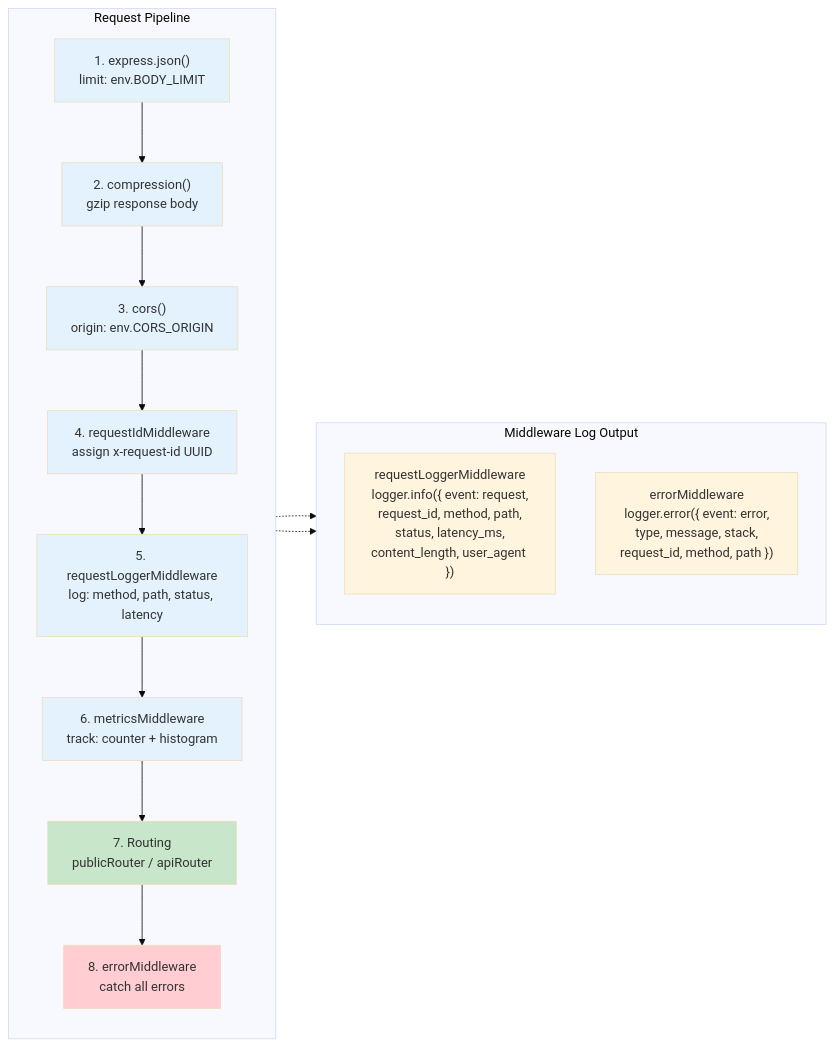
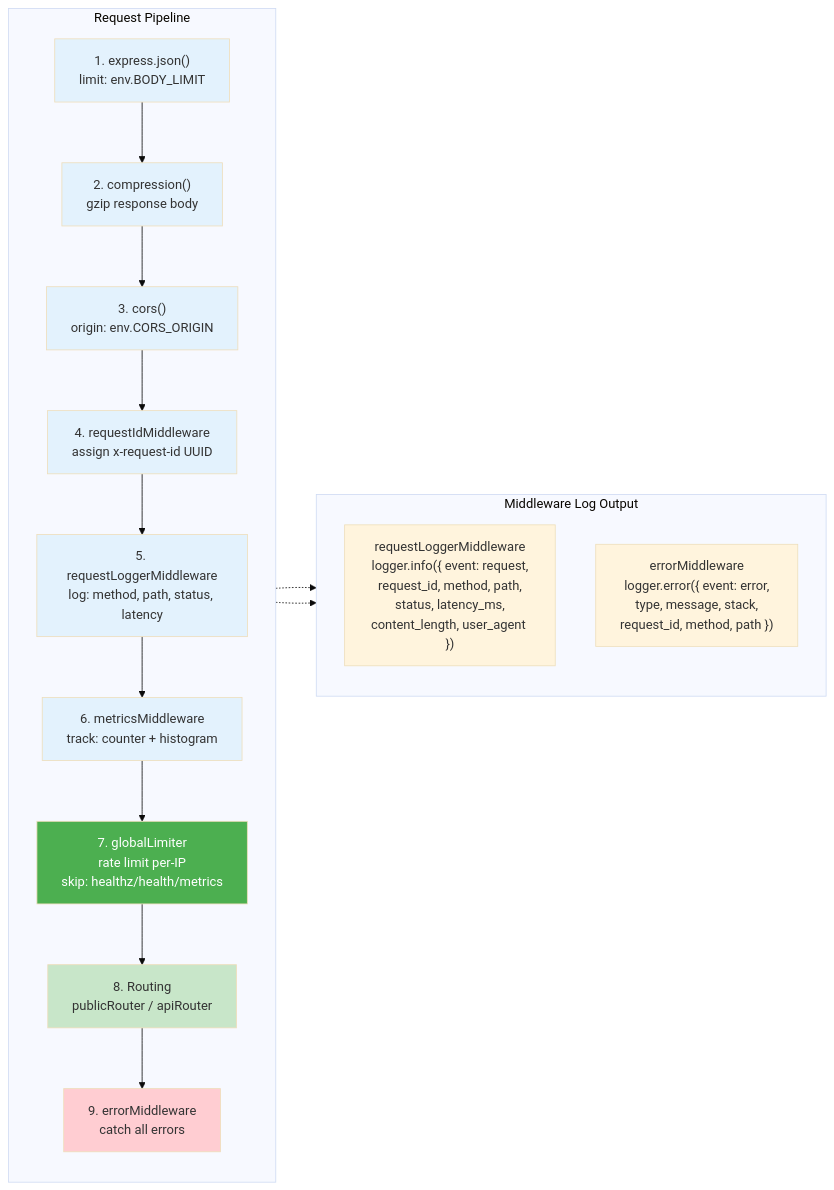
Before and after one commit to helmipradita/belajar-typescript-restful-api: the ninth of 15 diagrams in docs/ARCHITECTURE.md, drawn with Mermaid (base theme). The commit also changed other lines of this file and 2 other files, not shown here.

First line of the commit message:
infra: add Redis service and update architecture docs

````diff
--- a/docs/ARCHITECTURE.md
+++ b/docs/ARCHITECTURE.md
@@ -341,32 +341,34 @@
 ```mermaid
 flowchart LR
     subgraph "Request Pipeline"
         direction TB
         R1["1. express.json()<br/>limit: env.BODY_LIMIT"] -->
         R2["2. compression()<br/>gzip response body"] -->
         R3["3. cors()<br/>origin: env.CORS_ORIGIN"] -->
         R4["4. requestIdMiddleware<br/>assign x-request-id UUID"] -->
         R5["5. requestLoggerMiddleware<br/>log: method, path, status, latency"] -->
         R6["6. metricsMiddleware<br/>track: counter + histogram"] -->
-        R7["7. Routing<br/>publicRouter / apiRouter"] -->
-        R8["8. errorMiddleware<br/>catch all errors"]
+        R7["7. globalLimiter<br/>rate limit per-IP<br/>skip: healthz/health/metrics"] -->
+        R8["8. Routing<br/>publicRouter / apiRouter"] -->
+        R9["9. errorMiddleware<br/>catch all errors"]
     end
 
     subgraph "Middleware Log Output"
         direction TB
         L1["requestLoggerMiddleware<br/>logger.info({ event: request,<br/>request_id, method, path,<br/>status, latency_ms,<br/>content_length, user_agent })"]
         L2["errorMiddleware<br/>logger.error({ event: error,<br/>type, message, stack,<br/>request_id, method, path })"]
     end
 
     R5 -.-> L1
-    R8 -.-> L2
+    R9 -.-> L2
 
     style R1 fill:#e3f2fd,color:#333
     style R2 fill:#e3f2fd,color:#333
     style R3 fill:#e3f2fd,color:#333
     style R4 fill:#e3f2fd,color:#333
     style R5 fill:#e3f2fd,color:#333
     style R6 fill:#e3f2fd,color:#333
-    style R7 fill:#c8e6c9,color:#333
-    style R8 fill:#ffcdd2,color:#333
+    style R7 fill:#4caf50,color:#fff
+    style R8 fill:#c8e6c9,color:#333
+    style R9 fill:#ffcdd2,color:#333
 ```
````
